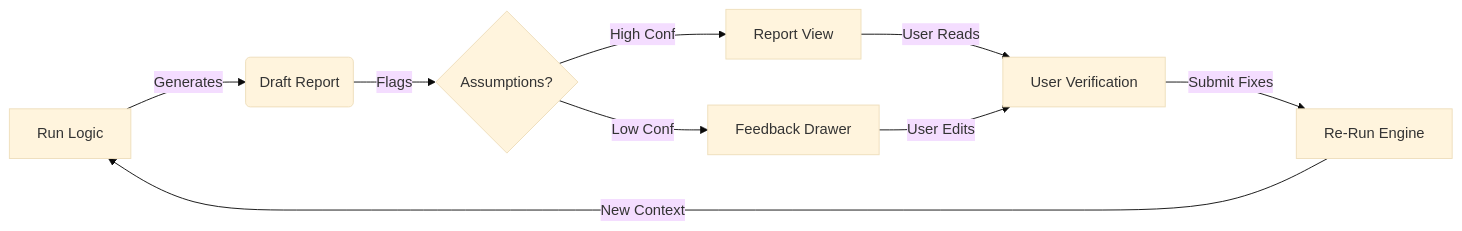
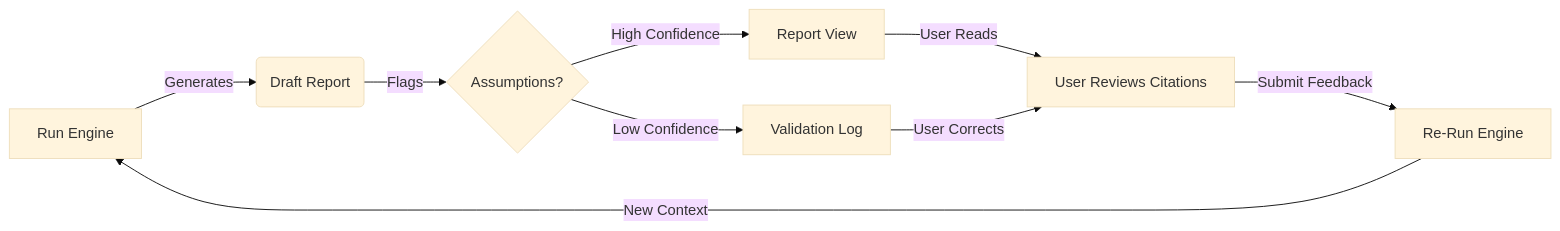
The third of 3 diagrams in _bmad-output/planning-artifacts/ux-design-specification.md (ernc-bubble-research/project_bubble), drawn with Mermaid (base theme) before and after one commit. The commit also changed other lines of this file and 196 other files, not shown here.

````diff
--- a/_bmad-output/planning-artifacts/ux-design-specification.md
+++ b/_bmad-output/planning-artifacts/ux-design-specification.md
@@ -218,13 +1346,13 @@
 ```mermaid
 graph LR
-    A[Run Logic] -->|Generates| B(Draft Report)
+    A[Run Engine] -->|Generates| B(Draft Report)
     B -->|Flags| C{Assumptions?}
-    C -->|High Conf| D[Report View]
-    C -->|Low Conf| E[Feedback Drawer]
-    
-    D -->|User Reads| F[User Verification]
-    E -->|User Edits| F
-    
-    F -->|Submit Fixes| G[Re-Run Engine]
+    C -->|High Confidence| D[Report View]
+    C -->|Low Confidence| E[Validation Log]
+
+    D -->|User Reads| F[User Reviews Citations]
+    E -->|User Corrects| F
+
+    F -->|Submit Feedback| G[Re-Run Engine]
     G -->|New Context| A
 ```
````
